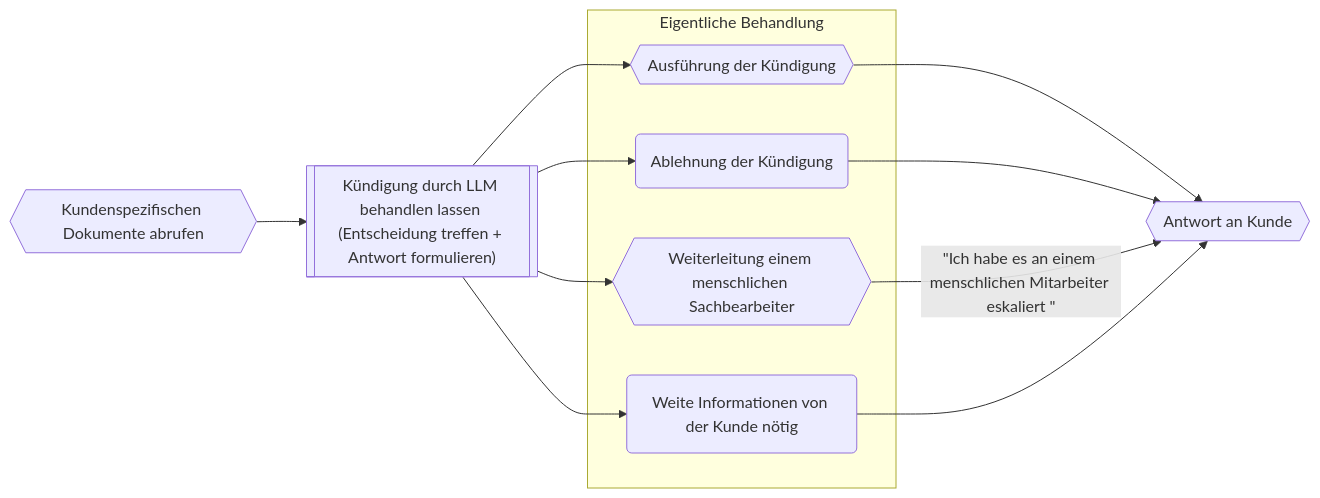
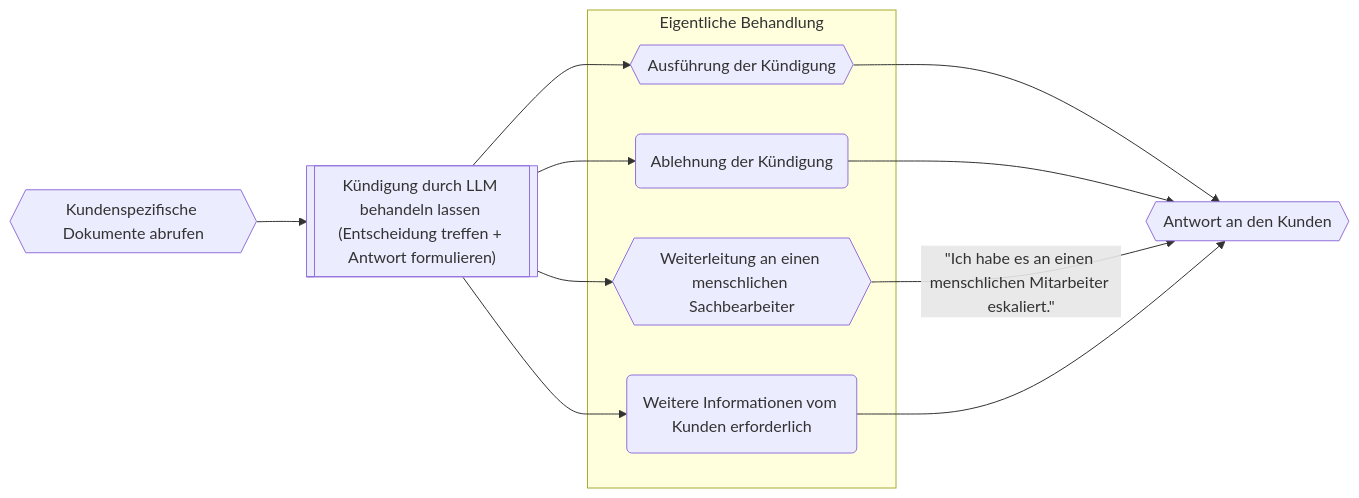
One commit to FausztBenedek/fcb-presentation-ki-workflow changed the third of 10 diagrams in slides.md. Above: the diagram before and after it, drawn with Mermaid. The commit also changed other lines of this file, not shown here.

````diff
--- a/slides.md
+++ b/slides.md
@@ -314,22 +307,21 @@
 ```mermaid
 graph LR
-fetch_customer_documents{{"Kundenspezifischen Dokumente abrufen"}}
-termination_handled_by_llm[["Kündigung durch LLM behandlen lassen (Entscheidung treffen + Antwort formulieren)"]]
+fetch_customer_documents{{"Kundenspezifische Dokumente abrufen"}}
+termination_handled_by_llm[["Kündigung durch LLM behandeln lassen (Entscheidung treffen + Antwort formulieren)"]]
 fetch_customer_documents --> termination_handled_by_llm
 termination_handled_by_llm --> termination_execute
 termination_handled_by_llm --> termination_escalate_to_human
 termination_handled_by_llm --> termination_deny
 termination_handled_by_llm --> ask_for_more_information
 subgraph "Eigentliche Behandlung"
     termination_execute{{"Ausführung der Kündigung"}}
-    termination_escalate_to_human{{"Weiterleitung einem menschlichen Sachbearbeiter"}}
+    termination_escalate_to_human{{"Weiterleitung an einen menschlichen Sachbearbeiter"}}
     termination_deny("Ablehnung der Kündigung")
-    ask_for_more_information("Weite Informationen von der Kunde nötig")
+    ask_for_more_information("Weitere Informationen vom Kunden erforderlich")
 end 
-answer{{Antwort an Kunde}}
+answer{{Antwort an den Kunden}}
 termination_execute --> answer
 termination_deny --> answer
-termination_escalate_to_human --> |#quot;Ich habe es an einem menschlichen Mitarbeiter eskaliert #quot;|answer
+termination_escalate_to_human --> |#quot;Ich habe es an einen menschlichen Mitarbeiter eskaliert.#quot;|answer
 ask_for_more_information --> answer
-
 ```
````
